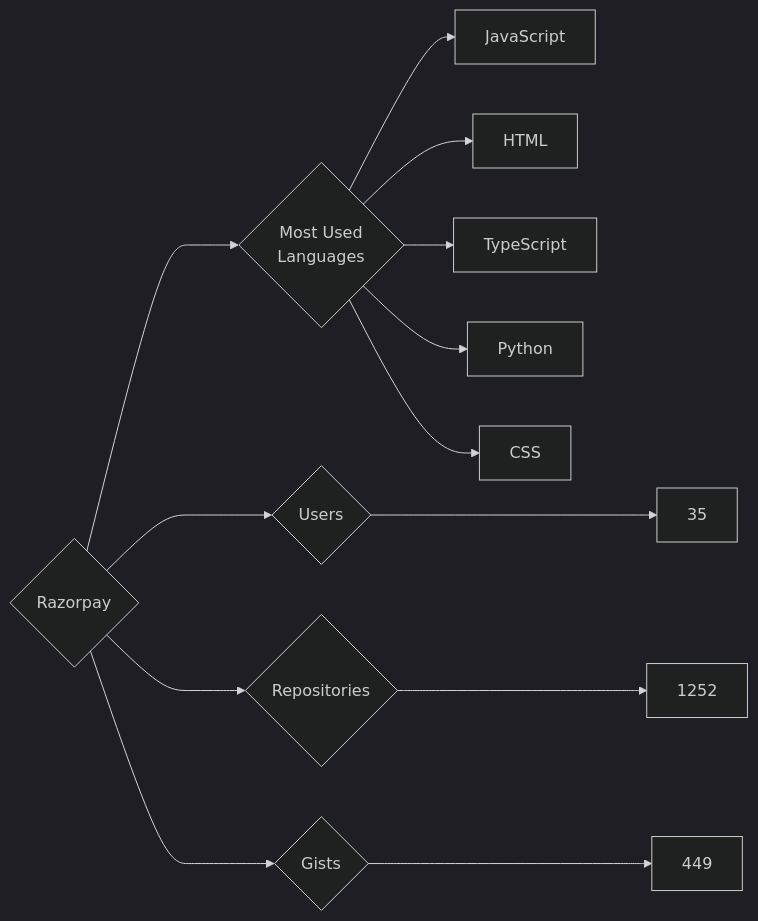
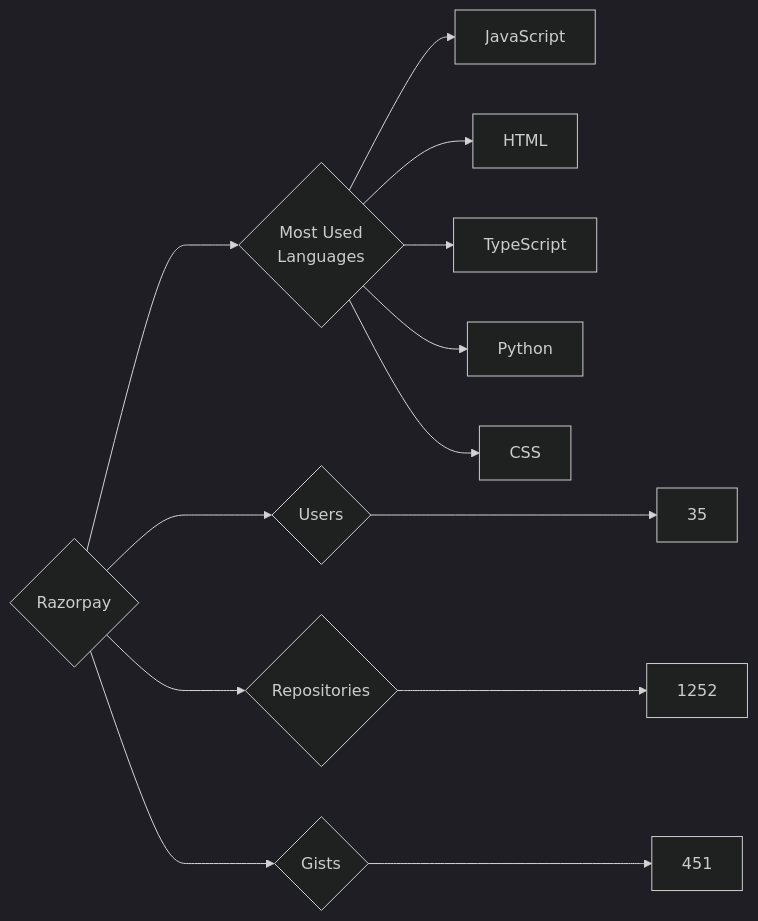
The diagram in targets/Razorpay/README.md (trickest/insiders), drawn with Mermaid (dark theme) before and after one commit. The commit also changed 948 other files, not shown here.

````diff
--- a/targets/Razorpay/README.md
+++ b/targets/Razorpay/README.md
@@ -3,13 +3,13 @@
 ```mermaid
 graph LR
 COMPANY_NAME{Razorpay}
 COMPANY_NAME ---> U{Users} ---> UN[35]
 COMPANY_NAME ---> R{Repositories} ---> RN[1252]
-COMPANY_NAME ---> G{Gists} ---> GN[449]
+COMPANY_NAME ---> G{Gists} ---> GN[451]
 COMPANY_NAME ---> ML{Most Used<br>Languages}
 ML --> JavaScript[JavaScript]
 ML --> HTML[HTML]
 ML --> TypeScript[TypeScript]
 ML --> Python[Python]
 ML --> CSS[CSS]
 ```
````
